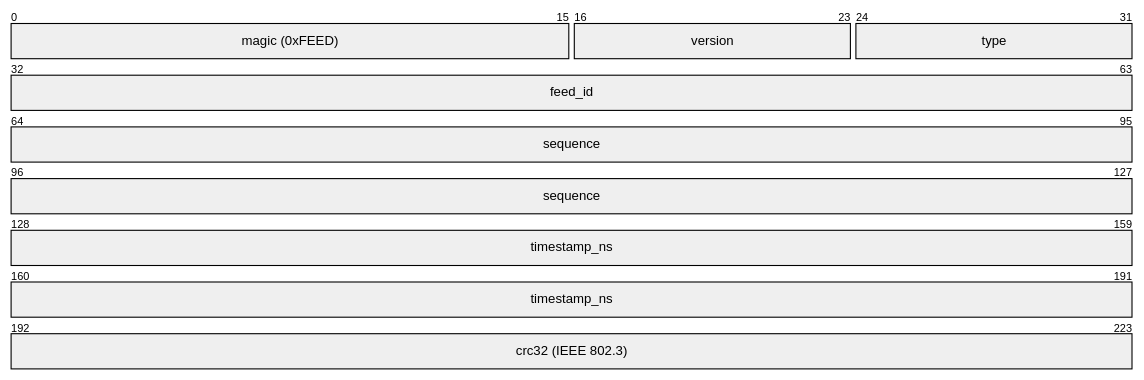
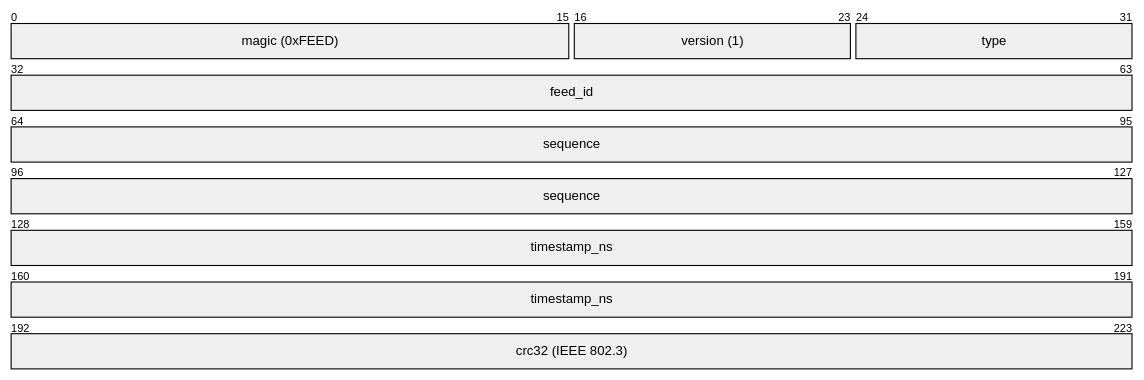
Before and after one commit to Shri2909/Vigil-Low-latency-TCP-heartbeat-monitor: the second of 2 diagrams in ARCHITECTURE.md, drawn with Mermaid. The commit also changed other lines of this file and 4 other files, not shown here.

Commit message:
Rewrite docs: fewer diagrams, current results, tuning and commands

````diff
--- a/ARCHITECTURE.md
+++ b/ARCHITECTURE.md
@@ -152,10 +73,10 @@
 ```mermaid
 packet-beta
     0-15: "magic (0xFEED)"
-    16-23: "version"
+    16-23: "version (1)"
     24-31: "type"
     32-63: "feed_id"
     64-127: "sequence"
     128-191: "timestamp_ns"
     192-223: "crc32 (IEEE 802.3)"
 ```
````
